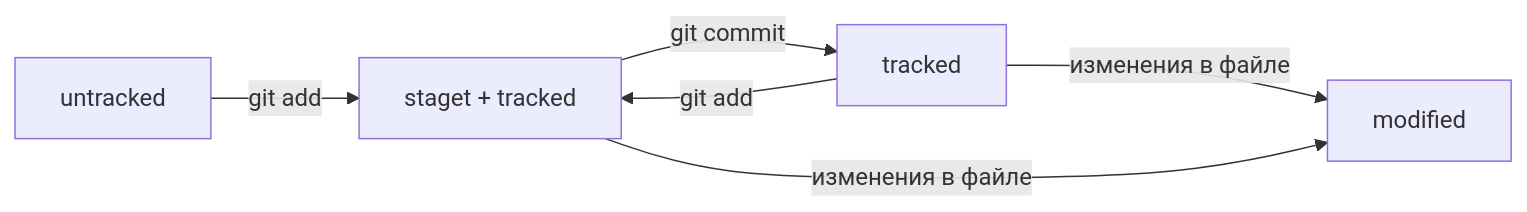
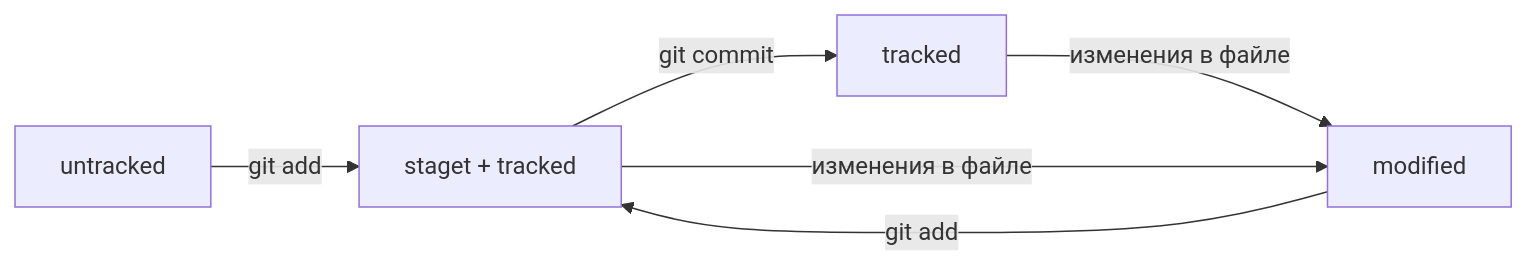
Before and after one commit to GeneralPainW/help-repo: the diagram in README.md, drawn with Mermaid.

Commit message:
Еще раз исправить схему изменений статусов файлов

````diff
--- a/README.md
+++ b/README.md
@@ -81,8 +81,8 @@
 ```mermaid
 graph LR;
 A[untracked] -- "git add" --> B[staget + tracked];
 B -- "git commit" --> C[tracked];
 C -- "изменения в файле" --> D[modified];
-C -- "git add" --> B;
+D -- "git add" --> B;
 B -- "изменения в файле" --> D;
 ```
````
